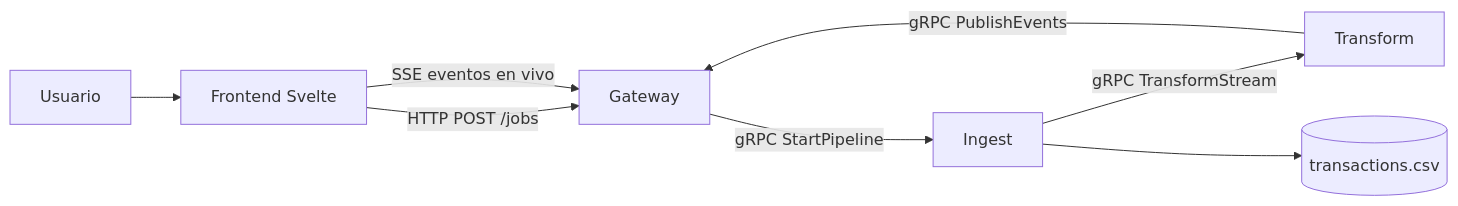
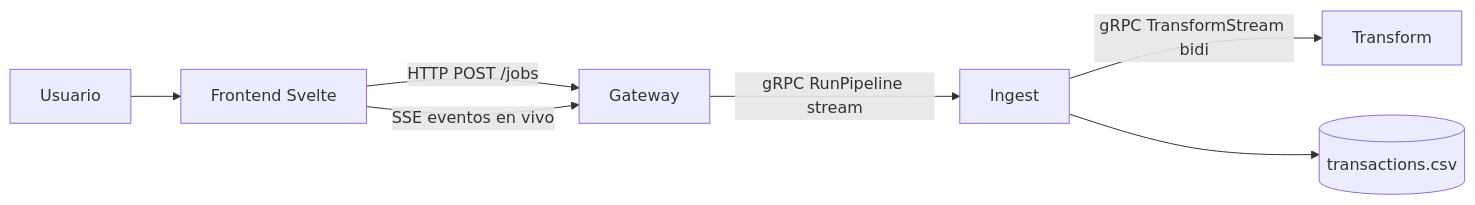
Before and after one commit to cccg8105/cccg_grpc_demo: the fifth of 16 diagrams in docs/GUIA_DIDACTICA.md, drawn with Mermaid. The commit also changed other lines of this file and 46 other files, not shown here.

````diff
--- a/docs/GUIA_DIDACTICA.md
+++ b/docs/GUIA_DIDACTICA.md
@@ -160,10 +160,9 @@
 ```mermaid
 flowchart LR
   User[Usuario] --> UI[Frontend Svelte]
   UI -->|"HTTP POST /jobs"| GW[Gateway]
   UI -->|"SSE eventos en vivo"| GW
-  GW -->|"gRPC StartPipeline"| ING[Ingest]
-  ING -->|"gRPC TransformStream"| TRF[Transform]
+  GW -->|"gRPC RunPipeline stream"| ING[Ingest]
+  ING -->|"gRPC TransformStream bidi"| TRF[Transform]
   ING --> CSV[(transactions.csv)]
-  TRF -->|"gRPC PublishEvents"| GW
 ```
````
